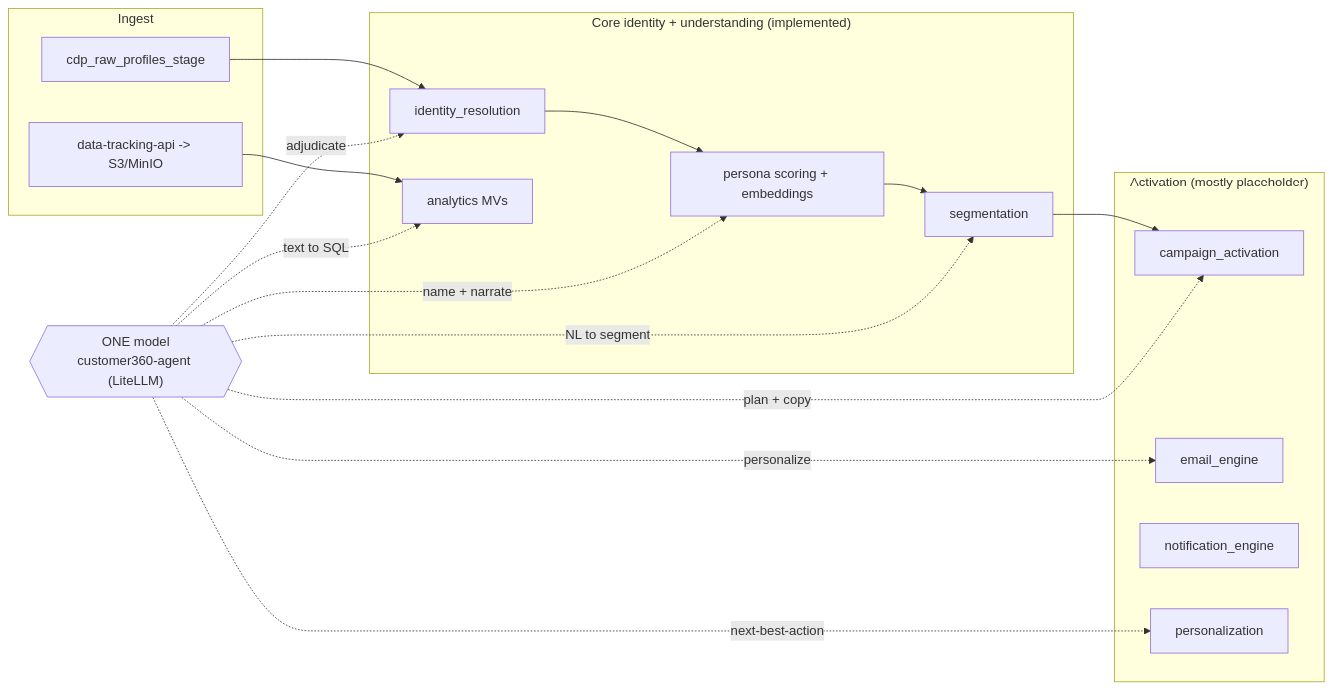
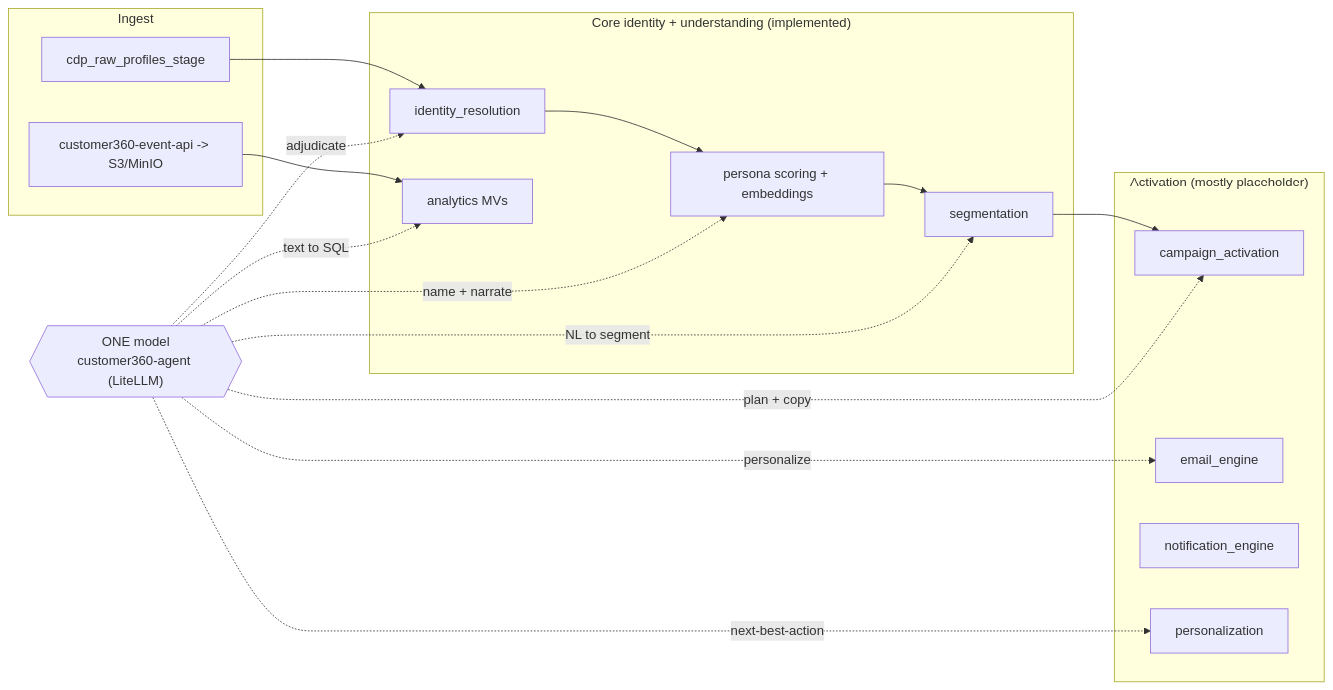
Before and after one commit to LEO-CDP/leo-customer360: the first of 10 diagrams in docs/research-papers/one-model-across-customer360.md, drawn with Mermaid. The commit also changed 117 other files, not shown here.

Commit message:
refactoring, rename folder data-tracking-api to customer360-event-api

````diff
--- a/docs/research-papers/one-model-across-customer360.md
+++ b/docs/research-papers/one-model-across-customer360.md
@@ -54,30 +54,30 @@
 ```mermaid
 flowchart LR
     subgraph Ingest
       RAW[cdp_raw_profiles_stage]
-      TRK[data-tracking-api -> S3/MinIO]
+      TRK[customer360-event-api -> S3/MinIO]
     end
     subgraph Core["Core identity + understanding (implemented)"]
       IDR[identity_resolution]
       PER[persona scoring + embeddings]
       SEG[segmentation]
       ANA[analytics MVs]
     end
     subgraph Activate["Activation (mostly placeholder)"]
       CAMP[campaign_activation]
       EMAIL[email_engine]
       NOTIF[notification_engine]
       PZN[personalization]
     end
     MODEL{{"ONE model\ncustomer360-agent (LiteLLM)"}}
 
     RAW --> IDR --> PER --> SEG --> CAMP
     TRK --> ANA
     MODEL -. adjudicate .-> IDR
     MODEL -. name + narrate .-> PER
     MODEL -. NL to segment .-> SEG
     MODEL -. text to SQL .-> ANA
     MODEL -. plan + copy .-> CAMP
     MODEL -. personalize .-> EMAIL
     MODEL -. next-best-action .-> PZN
 ```
````
